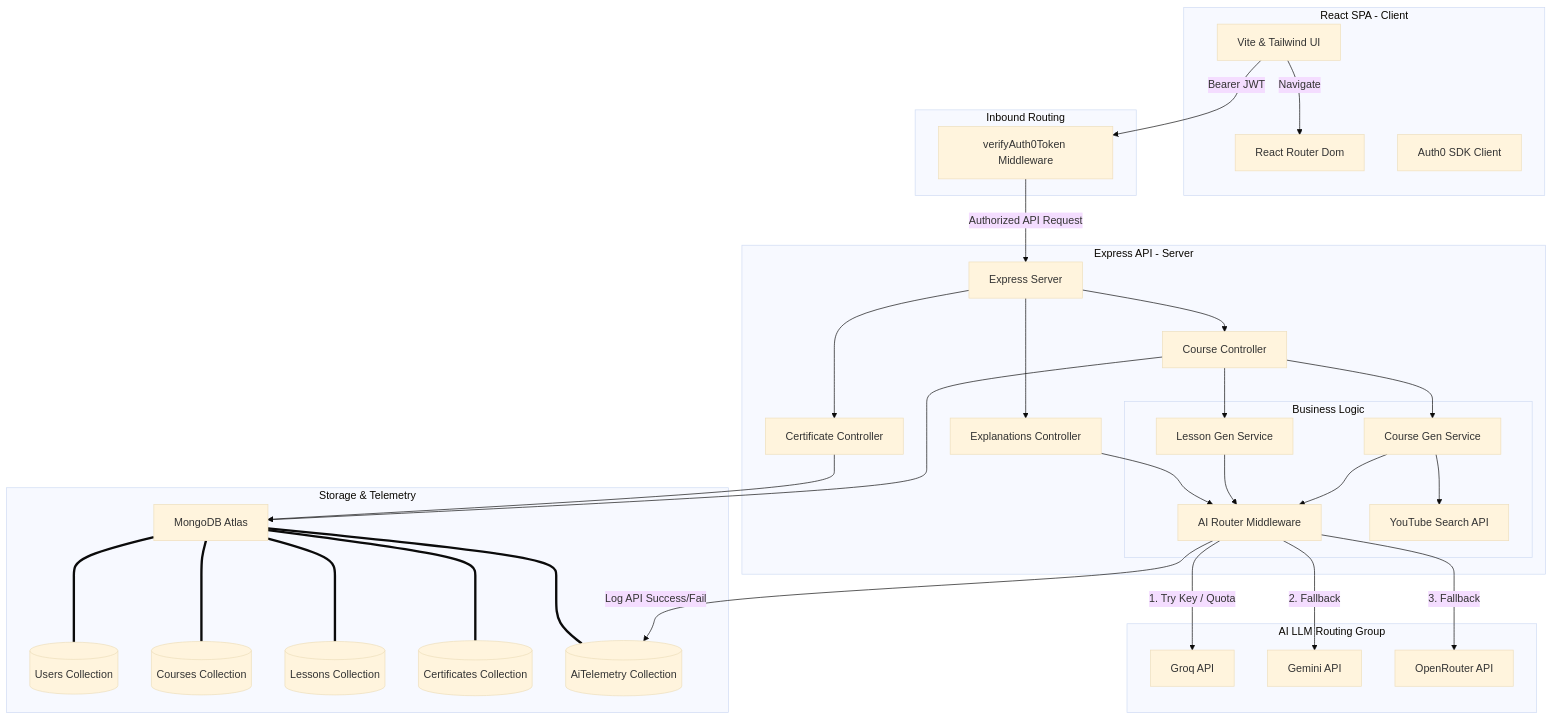
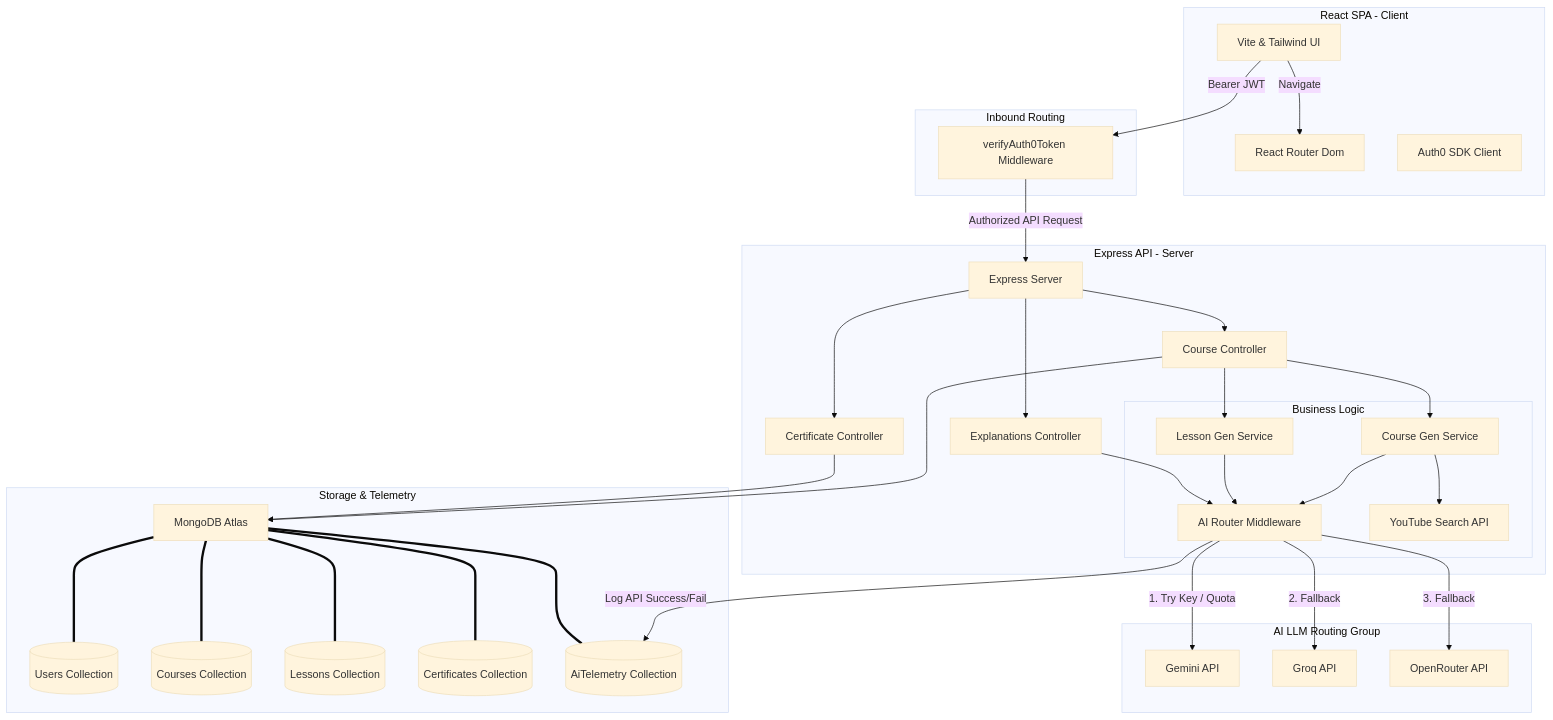
The diagram in docs/architecture/architecture-diagram.md (rahulpaul-07/smart-course-generator), drawn with Mermaid (base theme) before and after one commit. The commit also changed other lines of this file and 31 other files, not shown here.

````diff
--- a/docs/architecture/architecture-diagram.md
+++ b/docs/architecture/architecture-diagram.md
@@ -7,78 +7,78 @@
 ```mermaid
 graph TD
     %% Frontend Layer
     subgraph Frontend [React SPA - Client]
         UI[Vite & Tailwind UI]
         Router[React Router Dom]
         Auth0Client[Auth0 SDK Client]
     end
 
     %% Gateway Layer
     subgraph Gateway [Inbound Routing]
         Auth0Guard[verifyAuth0Token Middleware]
     end
 
     %% Backend Layer
     subgraph Backend [Express API - Server]
         Server[Express Server]
         CourseController[Course Controller]
         CertController[Certificate Controller]
         ExplanationsController[Explanations Controller]
         
         subgraph Services [Business Logic]
             CourseGen[Course Gen Service]
             LessonGen[Lesson Gen Service]
             AiRouter[AI Router Middleware]
             YoutubeService[YouTube Search API]
         end
     end
 
     %% AI Providers Layer
     subgraph AIProviders [AI LLM Routing Group]
+        Gemini[Gemini API]
         Groq[Groq API]
-        Gemini[Gemini API]
         OpenRouter[OpenRouter API]
     end
 
     %% Database Layer
     subgraph Database [Storage & Telemetry]
         Mongo[MongoDB Atlas]
         UserCol[(Users Collection)]
         CourseCol[(Courses Collection)]
         LessonCol[(Lessons Collection)]
         CertCol[(Certificates Collection)]
         TelemCol[(AiTelemetry Collection)]
     end
 
     %% Interactions
     UI -->|Navigate| Router
     UI -->|Bearer JWT| Auth0Guard
     Auth0Guard -->|Authorized API Request| Server
     
     Server --> CourseController
     Server --> CertController
     Server --> ExplanationsController
 
     CourseController --> CourseGen
     CourseController --> LessonGen
     
     CourseGen --> AiRouter
     LessonGen --> AiRouter
     ExplanationsController --> AiRouter
     
-    AiRouter -->|1. Try Key / Quota| Groq
-    AiRouter -->|2. Fallback| Gemini
+    AiRouter -->|1. Try Key / Quota| Gemini
+    AiRouter -->|2. Fallback| Groq
     AiRouter -->|3. Fallback| OpenRouter
     AiRouter -->|Log API Success/Fail| TelemCol
 
     CourseGen --> YoutubeService
     
     %% DB Mapping
     CourseController --> Mongo
     CertController --> Mongo
     Mongo === UserCol
     Mongo === CourseCol
     Mongo === LessonCol
     Mongo === CertCol
     Mongo === TelemCol
 ```
````
